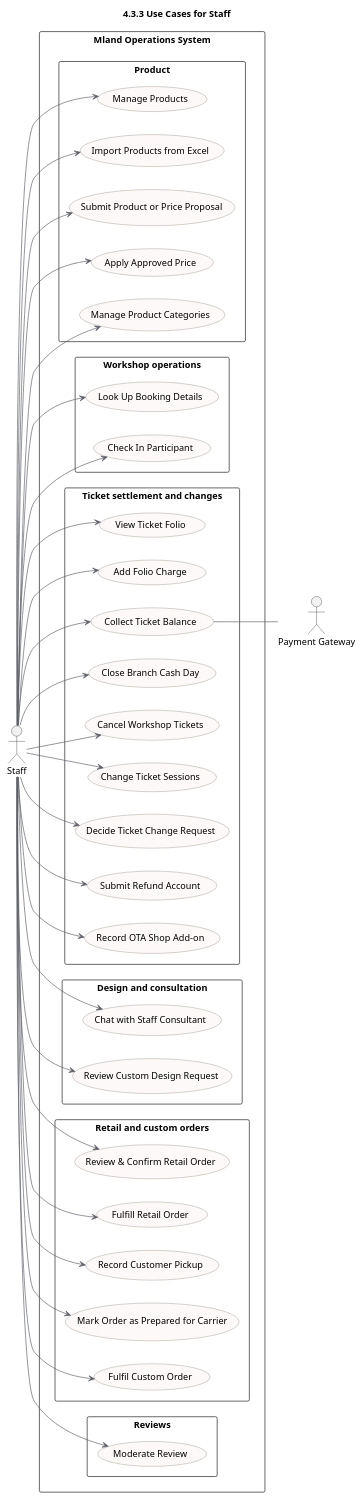
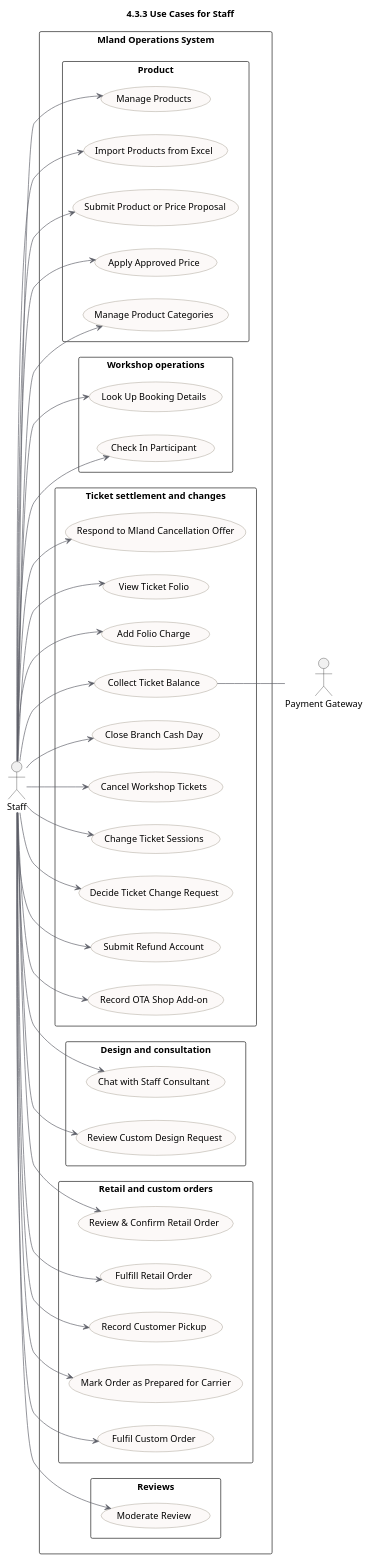
Before and after one commit to quoc-ca/mland-operations-hub: the diagram in documents/docs/report-3-software-requirement-specification/assets/diagrams/use-cases/04-staff-only.puml, drawn with PlantUML. The commit also changed 7 other files, not shown here.

```diff
--- a/documents/docs/report-3-software-requirement-specification/assets/diagrams/use-cases/04-staff-only.puml
+++ b/documents/docs/report-3-software-requirement-specification/assets/diagrams/use-cases/04-staff-only.puml
@@ -1,81 +1,83 @@
 @startuml
 !pragma charset UTF-8
 title 4.3.3 Use Cases for Staff
 left to right direction
 skinparam shadowing false
 skinparam packageStyle rectangle
 skinparam usecase {
   BackgroundColor #FCF9F8
   BorderColor #807663
   ArrowColor #5B5E67
 }
 
 actor Staff
 actor "Payment Gateway" as PaymentGateway
 
 rectangle "Mland Operations System" {
   package "Product" {
     usecase "Manage Products" as UC12
     usecase "Import Products from Excel" as UC13
     usecase "Submit Product or Price Proposal" as UC14
     usecase "Apply Approved Price" as UC16
     usecase "Manage Product Categories" as UC18
   }
   package "Workshop operations" {
     usecase "Look Up Booking Details" as UC23
     usecase "Check In Participant" as UC24
   }
   package "Ticket settlement and changes" {
+    usecase "Respond to Mland Cancellation Offer" as UC88
     usecase "View Ticket Folio" as UC77
     usecase "Add Folio Charge" as UC78
     usecase "Collect Ticket Balance" as UC79
     usecase "Close Branch Cash Day" as UC83
     usecase "Cancel Workshop Tickets" as UC84
     usecase "Change Ticket Sessions" as UC85
     usecase "Decide Ticket Change Request" as UC86
     usecase "Submit Refund Account" as UC89
     usecase "Record OTA Shop Add-on" as UC95
   }
   package "Design and consultation" {
     usecase "Chat with Staff Consultant" as UC38
     usecase "Review Custom Design Request" as UC40
   }
   package "Retail and custom orders" {
     usecase "Review & Confirm Retail Order" as UC58
     usecase "Fulfill Retail Order" as UC59
     usecase "Record Customer Pickup" as UC60
     usecase "Mark Order as Prepared for Carrier" as UC61
     usecase "Fulfil Custom Order" as UC73
   }
   package "Reviews" {
     usecase "Moderate Review" as UC76
   }
 }
 
 Staff --> UC12
 Staff --> UC13
 Staff --> UC14
 Staff --> UC16
 Staff --> UC18
 Staff --> UC23
 Staff --> UC24
 Staff --> UC77
+Staff --> UC88
 Staff --> UC78
 Staff --> UC79
 Staff --> UC83
 Staff --> UC84
 Staff --> UC85
 Staff --> UC86
 Staff --> UC89
 Staff --> UC95
 Staff --> UC38
 Staff --> UC40
 Staff --> UC58
 Staff --> UC59
 Staff --> UC60
 Staff --> UC61
 Staff --> UC73
 Staff --> UC76
 
 UC79 -- PaymentGateway
 @enduml
```
